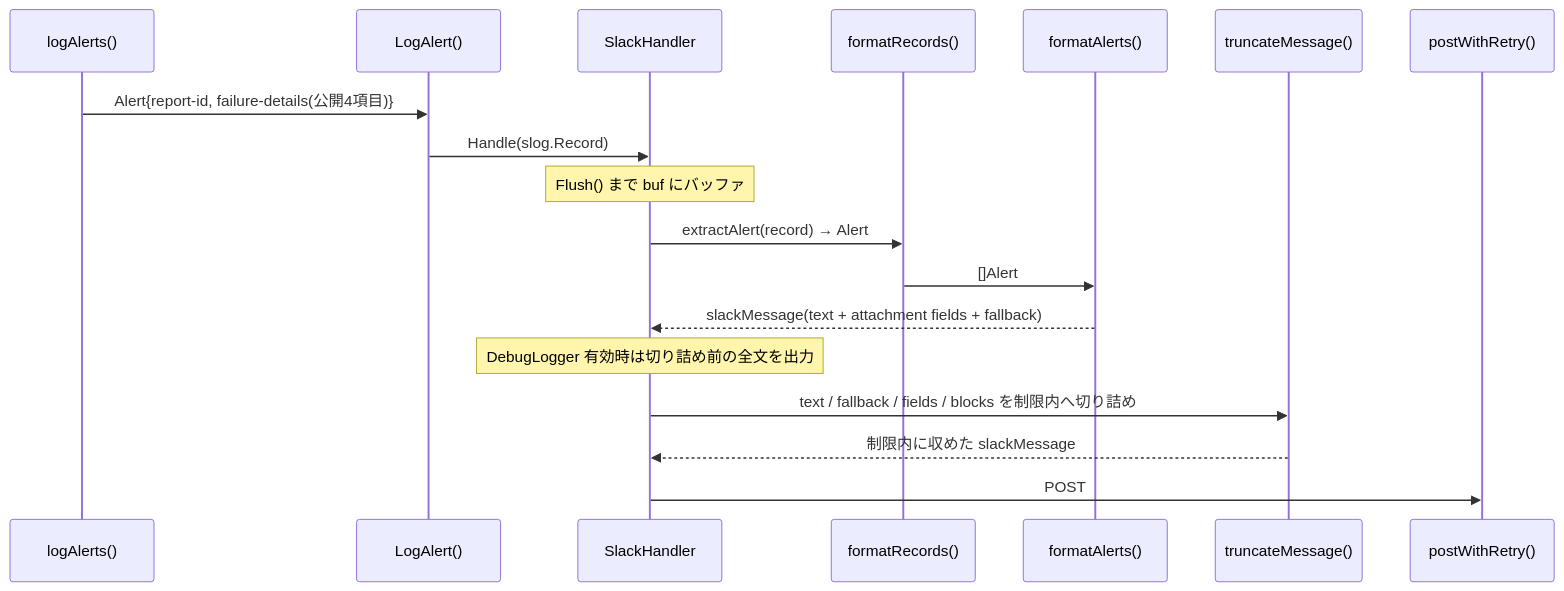
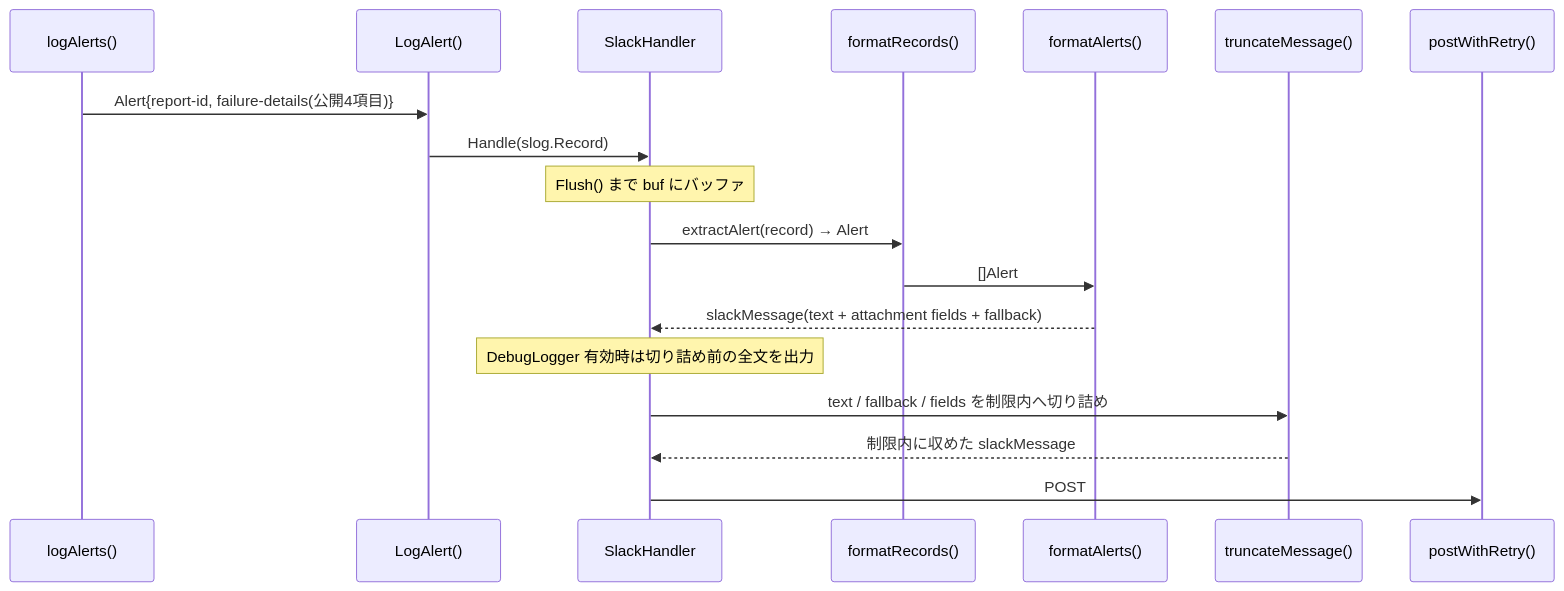
The third of 3 diagrams in docs/tasks/0101_slack_alert_format/02_architecture.md (isseis/tlsrpt-digest), drawn with Mermaid before and after one commit. The commit also changed other lines of this file and 5 other files, not shown here.

````diff
--- a/docs/tasks/0101_slack_alert_format/02_architecture.md
+++ b/docs/tasks/0101_slack_alert_format/02_architecture.md
@@ -103,21 +103,21 @@
 ```mermaid
 sequenceDiagram
     participant CMD as logAlerts()
     participant H as LogAlert()
     participant SH as SlackHandler
     participant F as formatRecords()
     participant FA as formatAlerts()
     participant TR as truncateMessage()
     participant W as postWithRetry()
 
     CMD->>H: Alert{report-id, failure-details(公開4項目)}
     H->>SH: Handle(slog.Record)
     Note over SH: Flush() まで buf にバッファ
     SH->>F: extractAlert(record) → Alert
     F->>FA: []Alert
     FA-->>SH: slackMessage(text + attachment fields + fallback)
     Note over SH: DebugLogger 有効時は切り詰め前の全文を出力
-    SH->>TR: text / fallback / fields / blocks を制限内へ切り詰め
+    SH->>TR: text / fallback / fields を制限内へ切り詰め
     TR-->>SH: 制限内に収めた slackMessage
     SH->>W: POST
 ```
````
